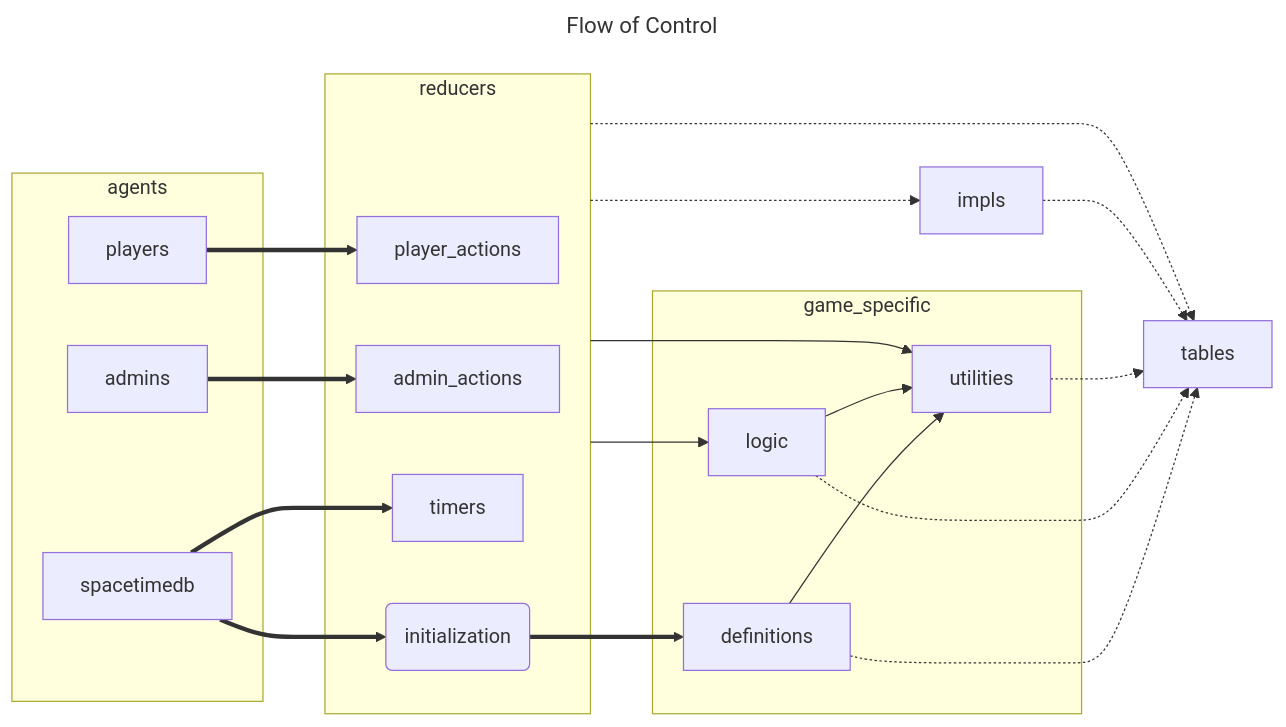
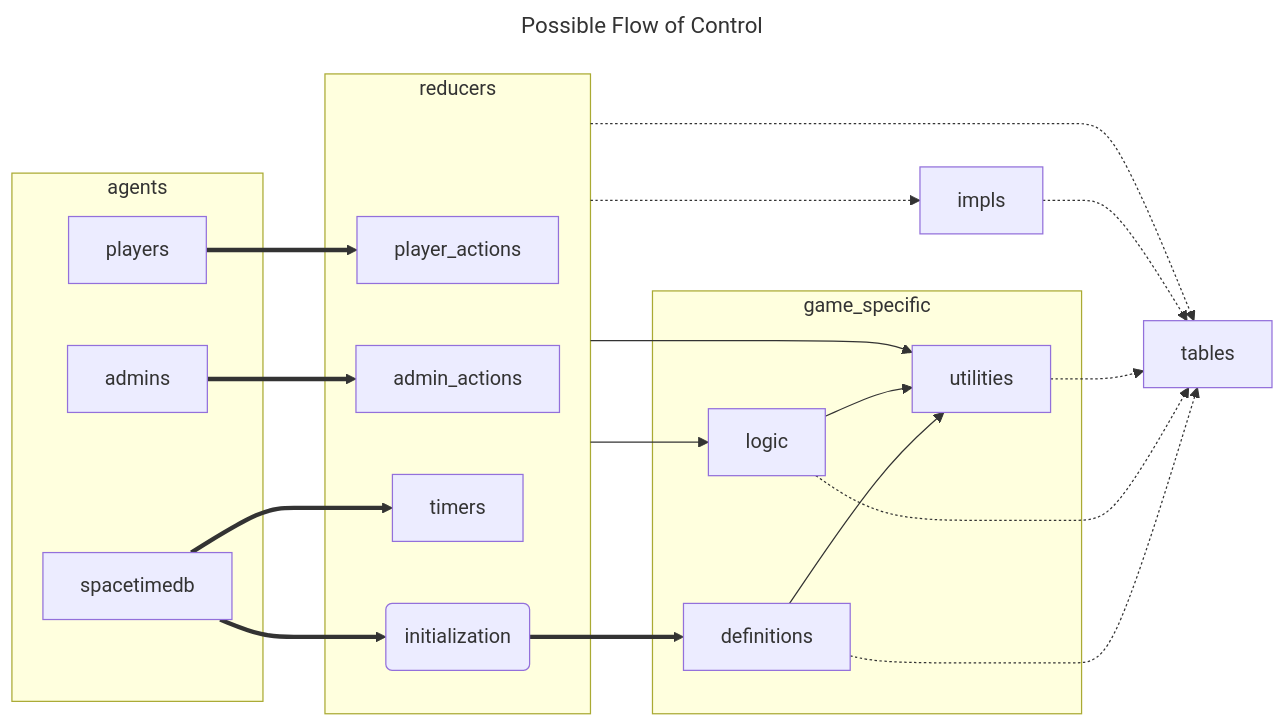
The second of 2 diagrams in server/src/README.md (GalaxyCr8r/solarance-beginnings), drawn with Mermaid before and after one commit. The commit also changed other lines of this file and 17 other files, not shown here.

````diff
--- a/server/src/README.md
+++ b/server/src/README.md
@@ -11,52 +40,52 @@
 ```mermaid
 ---
-title: Flow of Control
+title: Possible Flow of Control
 ---
 flowchart LR
 %% Relationships
 %% >Sources
     players==>player_actions
     admins==>admin_actions
     spacetimedb==>timers
     spacetimedb==>init
 
 %% >Internal
     init(initialization)
     init==>definitions
 
     definitions-.->tables
     definitions-->utilities
 
     reducers-->logic
     reducers-->utilities
     reducers-.->tables
     reducers-.->impls
 
     logic-->utilities
     logic-.->tables
 
     utilities-.->tables
 
     impls-.->tables
 
 %% Topology
     subgraph agents
         players
         admins
         spacetimedb
     end
 
     subgraph reducers
         player_actions
         admin_actions
         timers
         init
     end
 
     subgraph game_specific
         definitions
         logic
         utilities
     end
 
 ```
````
